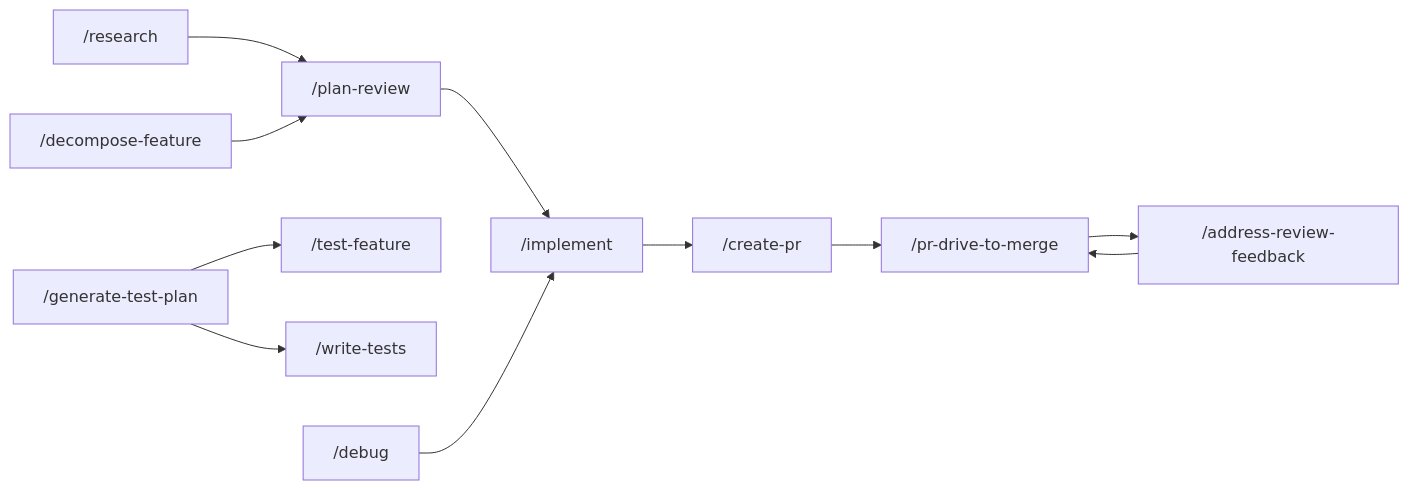
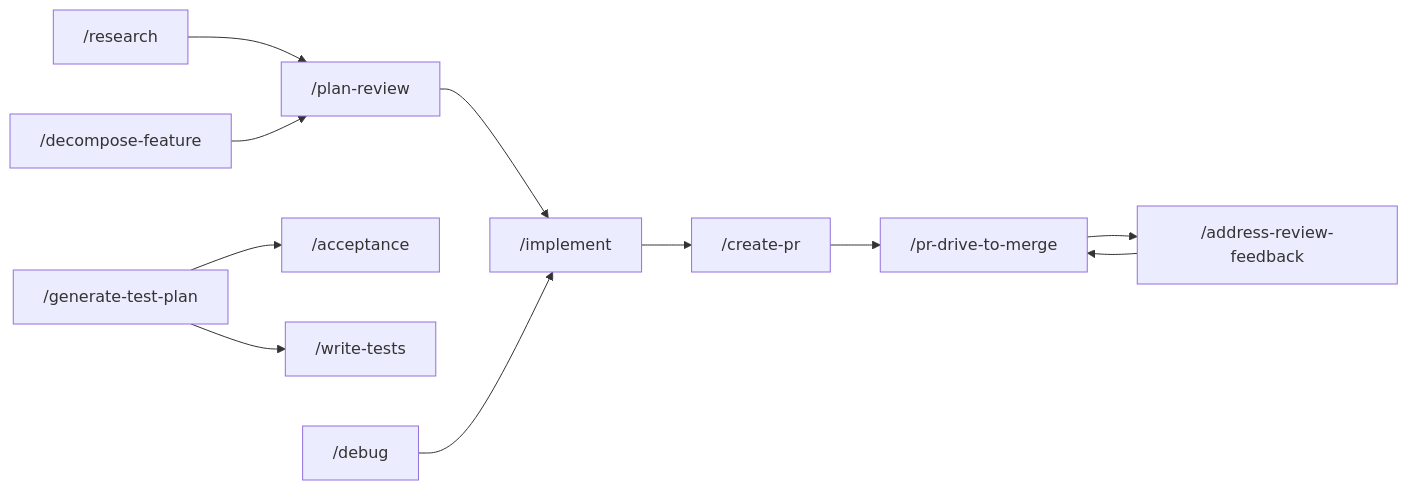
One commit to kirich1409/krozov-ai-tools changed the seventh of 7 diagrams in docs/PLUGINS-GUIDE.md. Above: the diagram before and after it, drawn with Mermaid. The commit also changed other lines of this file and 8 other files, not shown here.

First line of the commit message:
Rename test-feature to acceptance

````diff
--- a/docs/PLUGINS-GUIDE.md
+++ b/docs/PLUGINS-GUIDE.md
@@ -423,13 +423,13 @@
 ```mermaid
 flowchart LR
     research["/research"] --> planReview["/plan-review"]
     planReview --> impl["/implement"]
     decompose["/decompose-feature"] --> planReview
     impl --> createPR["/create-pr"]
     createPR --> drive["/pr-drive-to-merge"]
     drive --> feedback["/address-review-feedback"]
     feedback --> drive
-    genPlan["/generate-test-plan"] --> testFeat["/test-feature"]
+    genPlan["/generate-test-plan"] --> testFeat["/acceptance"]
     genPlan --> writeTest["/write-tests"]
     debug["/debug"] --> impl
 ```
````
